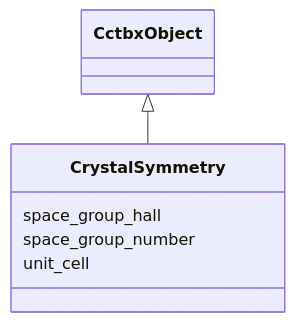
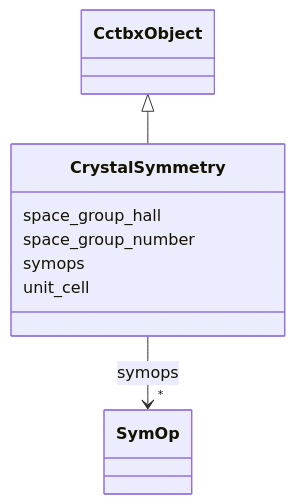
The diagram in docs/schema/CrystalSymmetry.md (phzwart/phridge), drawn with Mermaid before and after one commit. The commit also changed other lines of this file and 78 other files, not shown here.

````diff
--- a/docs/schema/CrystalSymmetry.md
+++ b/docs/schema/CrystalSymmetry.md
@@ -25,15 +25,26 @@
 ```mermaid
  classDiagram
     class CrystalSymmetry
     click CrystalSymmetry href "../CrystalSymmetry/"
       CctbxObject <|-- CrystalSymmetry
         click CctbxObject href "../CctbxObject/"
       
       CrystalSymmetry : space_group_hall
         
       CrystalSymmetry : space_group_number
         
+      CrystalSymmetry : symops
+        
+          
+    
+        
+        
+        CrystalSymmetry --> "*" SymOp : symops
+        click SymOp href "../SymOp/"
+    
+
+        
       CrystalSymmetry : unit_cell
         
       
 ```
````
